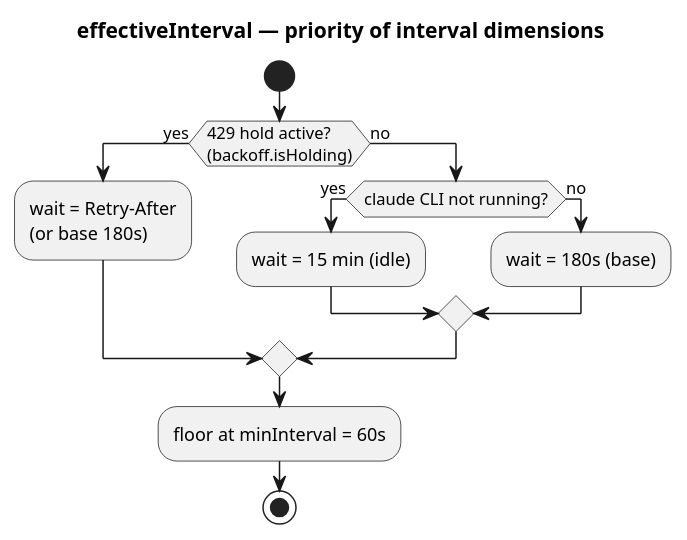
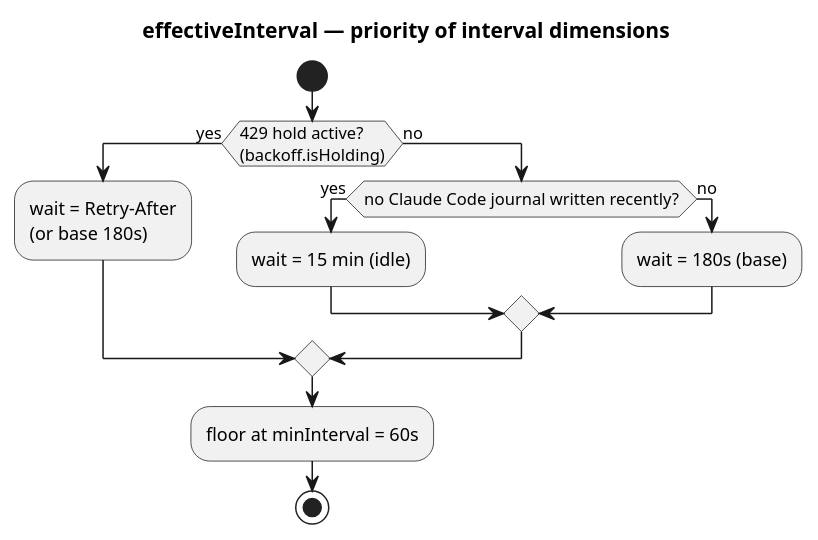
The first of 6 diagrams in docs/reference/architecture/data-flow.md (artem-from-ua/tokenpace), drawn with PlantUML before and after one commit. The commit also changed other lines of this file and 14 other files, not shown here.

````diff
--- a/docs/reference/architecture/data-flow.md
+++ b/docs/reference/architecture/data-flow.md
@@ -29,17 +29,17 @@
 ```plantuml
 @startuml
 title effectiveInterval — priority of interval dimensions
 start
 if (429 hold active?\n(backoff.isHolding)) then (yes)
   :wait = Retry-After\n(or base 180s);
 else (no)
-  if (claude CLI not running?) then (yes)
+  if (no Claude Code journal written recently?) then (yes)
     :wait = 15 min (idle);
   else (no)
     :wait = 180s (base);
   endif
 endif
 :floor at minInterval = 60s;
 stop
 @enduml
 ```
````
